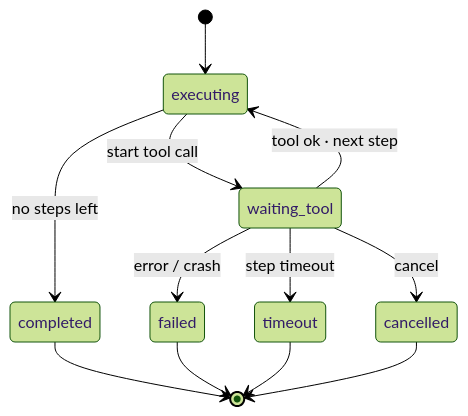
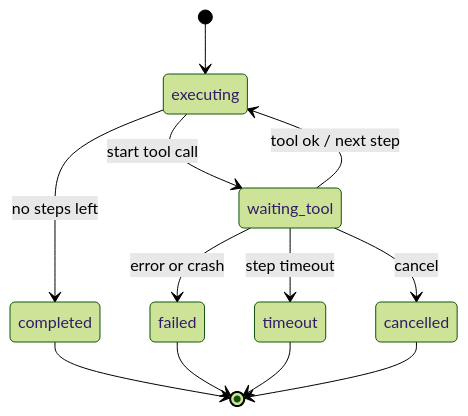
The second of 2 diagrams in docs/design.md (ZhenchongLi/soma), drawn with Mermaid (forest theme) before and after one commit. The commit also changed other lines of this file and 10 other files, not shown here.

Commit message:
docs: refresh user manuals and roadmap status

````diff
--- a/docs/design.md
+++ b/docs/design.md
@@ -221,14 +145,14 @@
 ```mermaid
 stateDiagram-v2
     [*] --> executing
     executing --> waiting_tool: start tool call
-    waiting_tool --> executing: tool ok · next step
+    waiting_tool --> executing: tool ok / next step
     executing --> completed: no steps left
-    waiting_tool --> failed: error / crash
+    waiting_tool --> failed: error or crash
     waiting_tool --> timeout: step timeout
     waiting_tool --> cancelled: cancel
     completed --> [*]
     failed --> [*]
     timeout --> [*]
     cancelled --> [*]
 ```
````
